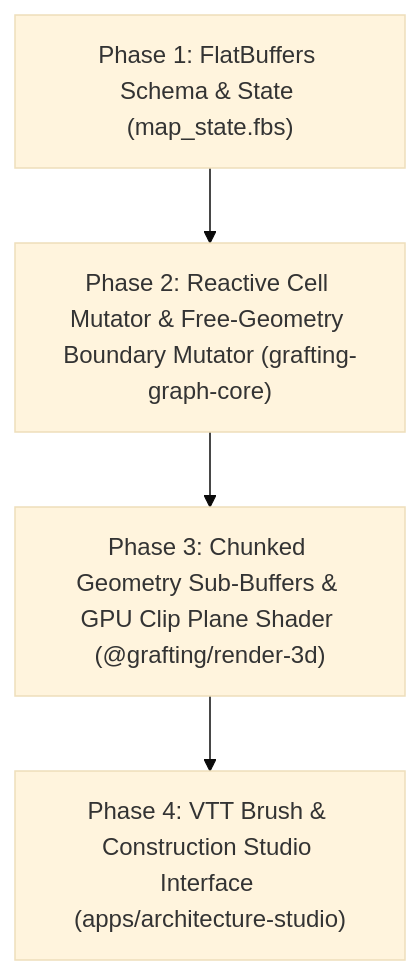
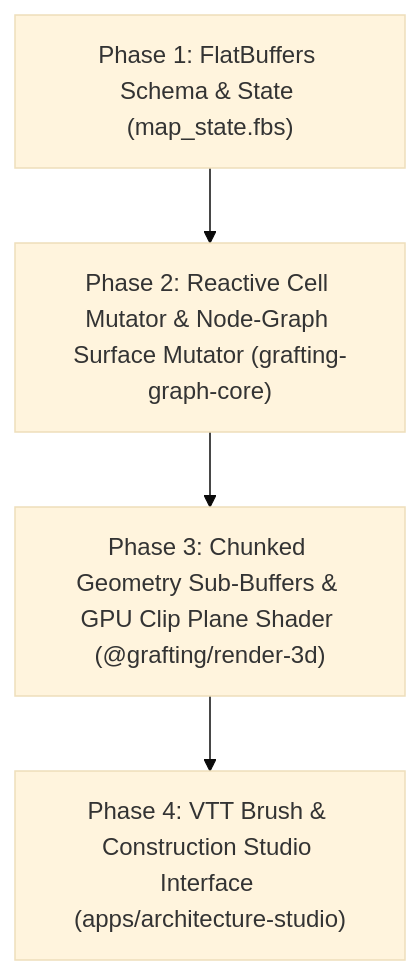
One commit to TassoossaT/Grafting-Monorepo changed the diagram in docs/architecture/vtt-map-construction-roadmap.md. Above: the diagram before and after it, drawn with Mermaid (base theme). The commit also changed other lines of this file and 6 other files, not shown here.

First line of the commit message:
docs: revise ADR-0022 to a stable graph-node surface model

````diff
--- a/docs/architecture/vtt-map-construction-roadmap.md
+++ b/docs/architecture/vtt-map-construction-roadmap.md
@@ -25,6 +25,6 @@
 ```mermaid
 flowchart TD
-    P1["Phase 1: FlatBuffers Schema & State (map_state.fbs)"] --> P2["Phase 2: Reactive Cell Mutator & Free-Geometry Boundary Mutator (grafting-graph-core)"]
+    P1["Phase 1: FlatBuffers Schema & State (map_state.fbs)"] --> P2["Phase 2: Reactive Cell Mutator & Node-Graph Surface Mutator (grafting-graph-core)"]
     P2 --> P3["Phase 3: Chunked Geometry Sub-Buffers & GPU Clip Plane Shader (@grafting/render-3d)"]
     P3 --> P4["Phase 4: VTT Brush & Construction Studio Interface (apps/architecture-studio)"]
 ```
````
